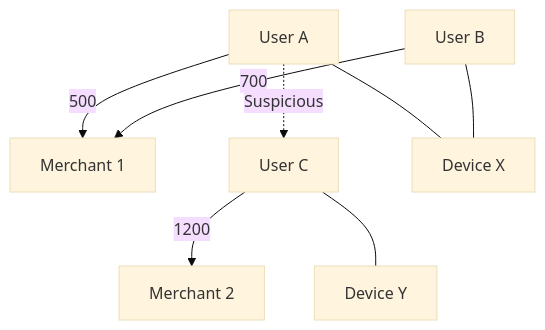
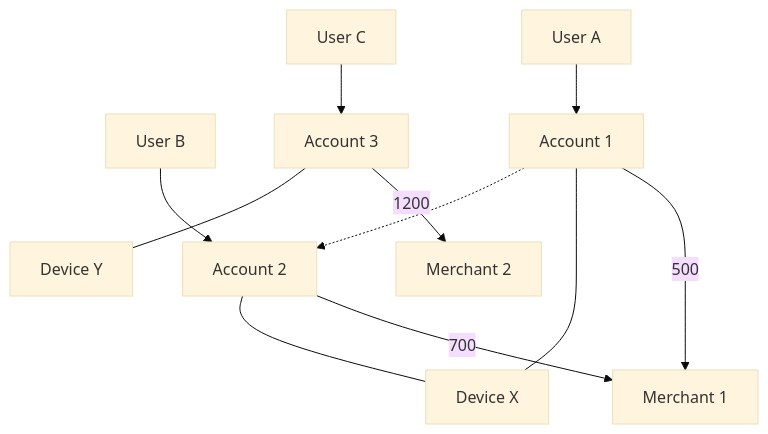
The second of 2 diagrams in README.md (Harshithabr18/tteh), drawn with Mermaid (base theme) before and after one commit.

````diff
--- a/README.md
+++ b/README.md
@@ -212,13 +212,39 @@
 ```mermaid
 graph TD
 
-U1[User A] -->|500| M1[Merchant 1]
-U2[User B] -->|700| M1
-U3[User C] -->|1200| M2[Merchant 2]
+%% Users
+U1[User A]
+U2[User B]
+U3[User C]
 
-U1 --- D1[Device X]
-U2 --- D1
-U3 --- D2[Device Y]
+%% Accounts
+A1[Account 1]
+A2[Account 2]
+A3[Account 3]
 
-U1 -.->|Suspicious| U3
+%% Devices
+D1[Device X]
+D2[Device Y]
+
+%% Merchants
+M1[Merchant 1]
+M2[Merchant 2]
+
+%% User-Account Mapping
+U1 --> A1
+U2 --> A2
+U3 --> A3
+
+%% Transactions (Edges with amount)
+A1 -->|500| M1
+A2 -->|700| M1
+A3 -->|1200| M2
+
+%% Shared Device Relationships (Fraud Indicator)
+A1 --- D1
+A2 --- D1
+A3 --- D2
+
+%% Suspicious Pattern (Fraud Link)
+A1 -.-> A2
 ```
````
